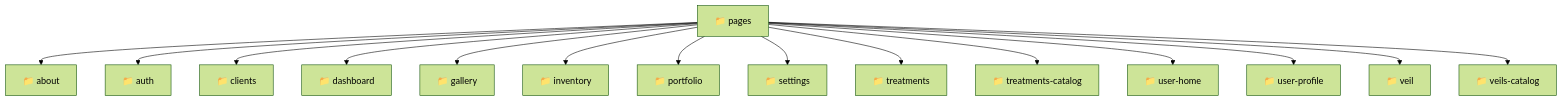
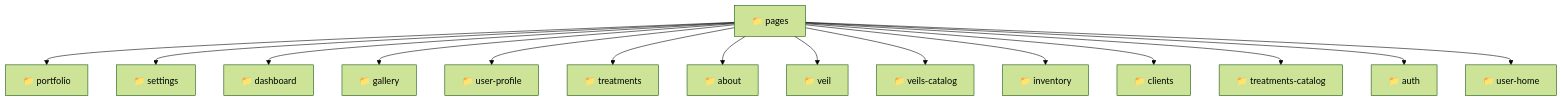
Before and after one commit to beginwebdev2002/fullstack-mavluda: the diagram in frontend/src/pages/README.md, drawn with Mermaid (forest theme). The commit also changed other lines of this file and 166 other files, not shown here.

First line of the commit message:
docs: generate repository-wide architectural README files

````diff
--- a/frontend/src/pages/README.md
+++ b/frontend/src/pages/README.md
@@ -11,18 +11,32 @@
 ```mermaid
 graph TD
-  Root["📁 pages"]
-  Root --> about["📁 about"]
-  Root --> auth["📁 auth"]
-  Root --> clients["📁 clients"]
-  Root --> dashboard["📁 dashboard"]
-  Root --> gallery["📁 gallery"]
-  Root --> inventory["📁 inventory"]
-  Root --> portfolio["📁 portfolio"]
-  Root --> settings["📁 settings"]
-  Root --> treatments["📁 treatments"]
-  Root --> treatments-catalog["📁 treatments-catalog"]
-  Root --> user-home["📁 user-home"]
-  Root --> user-profile["📁 user-profile"]
-  Root --> veil["📁 veil"]
-  Root --> veils-catalog["📁 veils-catalog"]
+  f_Root_pages["📁 pages"]
+  f_Dir_portfolio["📁 portfolio"]
+  f_Root_pages --> f_Dir_portfolio
+  f_Dir_settings["📁 settings"]
+  f_Root_pages --> f_Dir_settings
+  f_Dir_dashboard["📁 dashboard"]
+  f_Root_pages --> f_Dir_dashboard
+  f_Dir_gallery["📁 gallery"]
+  f_Root_pages --> f_Dir_gallery
+  f_Dir_user_profile["📁 user-profile"]
+  f_Root_pages --> f_Dir_user_profile
+  f_Dir_treatments["📁 treatments"]
+  f_Root_pages --> f_Dir_treatments
+  f_Dir_about["📁 about"]
+  f_Root_pages --> f_Dir_about
+  f_Dir_veil["📁 veil"]
+  f_Root_pages --> f_Dir_veil
+  f_Dir_veils_catalog["📁 veils-catalog"]
+  f_Root_pages --> f_Dir_veils_catalog
+  f_Dir_inventory["📁 inventory"]
+  f_Root_pages --> f_Dir_inventory
+  f_Dir_clients["📁 clients"]
+  f_Root_pages --> f_Dir_clients
+  f_Dir_treatments_catalog["📁 treatments-catalog"]
+  f_Root_pages --> f_Dir_treatments_catalog
+  f_Dir_auth["📁 auth"]
+  f_Root_pages --> f_Dir_auth
+  f_Dir_user_home["📁 user-home"]
+  f_Root_pages --> f_Dir_user_home
 ```
````
